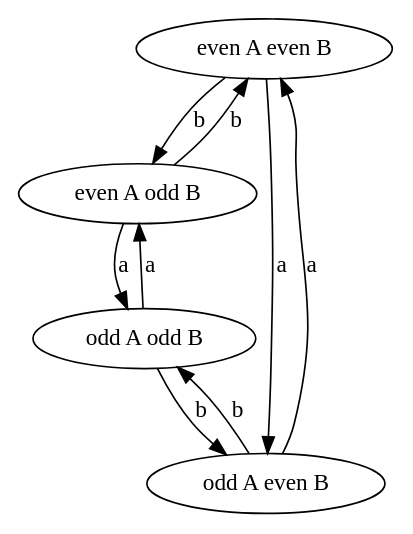
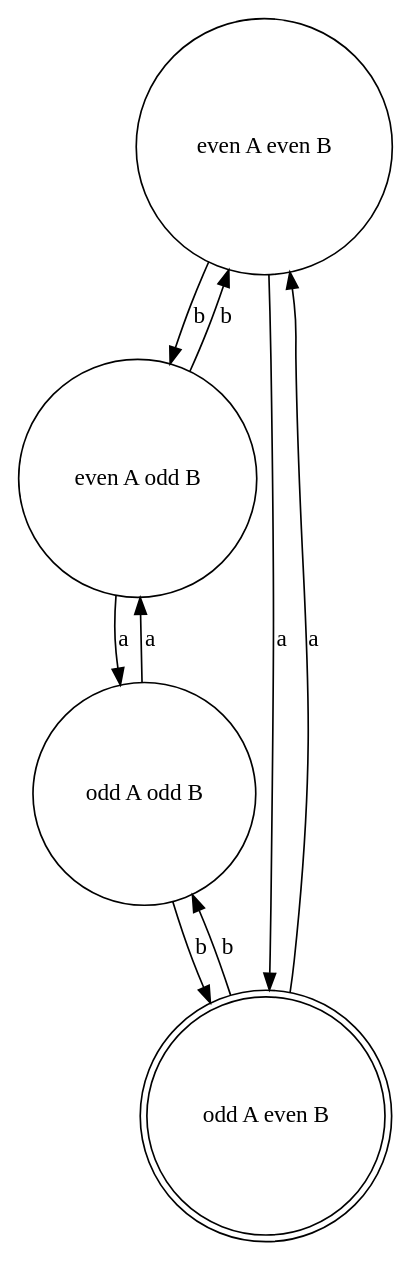
One commit to sumanchapai/dfa changed the diagram in machine1.dot. Above: the diagram before and after it, drawn with Graphviz. The commit also changed 2 other files, not shown here.

Commit message:
draw accepting states as double circle
previously accepting and non-accepting states looked the same now
accepting are represented by doublecircle and non-accepting by circle

```diff
--- a/machine1.dot
+++ b/machine1.dot
@@ -1,14 +1,18 @@
 digraph G {
-4464638992 [label="even A even B"];
-4464638992 -> 4467101024 [label=b];
-4464638992 -> 4467105008 [label=a];
-4467101024 [label="even A odd B"];
-4467101024 -> 4464638992 [label=b];
-4467101024 -> 4467102992 [label=a];
-4467102992 [label="odd A odd B"];
-4467102992 -> 4467101024 [label=a];
-4467102992 -> 4467105008 [label=b];
-4467105008 [label="odd A even B"];
-4467105008 -> 4464638992 [label=a];
-4467105008 -> 4467102992 [label=b];
+4525227024 [label="even A even B"];
+4525227024 [shape="circle"];
+4525227024 -> 4527689056 [label=b];
+4525227024 -> 4527693040 [label=a];
+4527689056 [label="even A odd B"];
+4527689056 [shape="circle"];
+4527689056 -> 4525227024 [label=b];
+4527689056 -> 4527691024 [label=a];
+4527691024 [label="odd A odd B"];
+4527691024 [shape="circle"];
+4527691024 -> 4527689056 [label=a];
+4527691024 -> 4527693040 [label=b];
+4527693040 [label="odd A even B"];
+4527693040 [shape="doublecircle"];
+4527693040 -> 4525227024 [label=a];
+4527693040 -> 4527691024 [label=b];
 }
```
